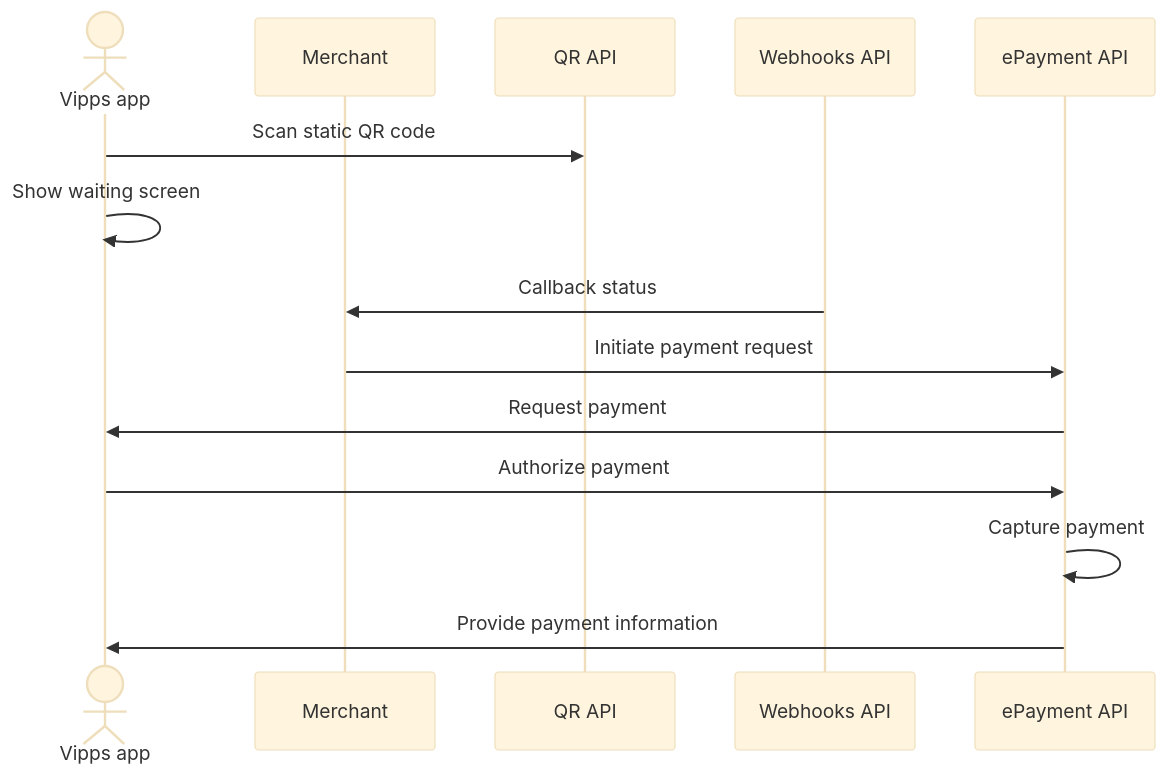
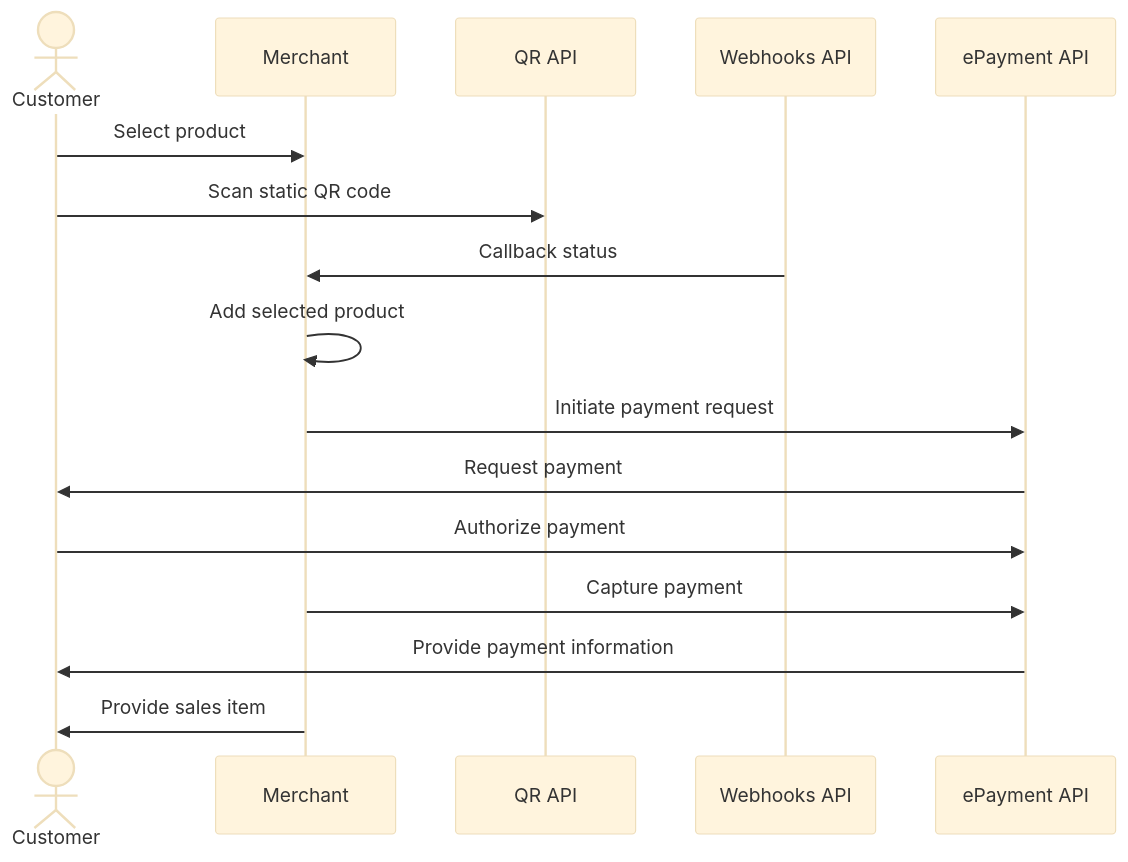
Before and after one commit to vippsas/vipps-solutions: the diagram in vending-machines/qr-direct-to-payment-in-app.md, drawn with Mermaid (base theme). The commit also changed other lines of this file and 6 other files, not shown here.

Commit message:
Add more seq diagrams. Align existing seq diagrams.

````diff
--- a/vending-machines/qr-direct-to-payment-in-app.md
+++ b/vending-machines/qr-direct-to-payment-in-app.md
@@ -55,16 +55,19 @@
 ``` mermaid
 sequenceDiagram
-    actor App as Vipps app
+    actor C as Customer
     participant M as Merchant
     participant QR as QR API
     participant Webhooks as Webhooks API
     participant ePayment as ePayment API
-    App->>QR: Scan static QR code
-    App->>App: Show waiting screen
+    
+    C->>M: Select product
+    C->>QR: Scan static QR code
     Webhooks->>M: Callback status
+    M->>M: Add selected product
     M->>ePayment: Initiate payment request
-    ePayment->>App: Request payment
-    App->>ePayment: Authorize payment
-    ePayment->>ePayment: Capture payment
-    ePayment->>App: Provide payment information
+    ePayment->>C: Request payment
+    C->>ePayment: Authorize payment
+    M->>ePayment: Capture payment
+    ePayment->>C: Provide payment information
+    M->>C: Provide sales item
 ```
````
